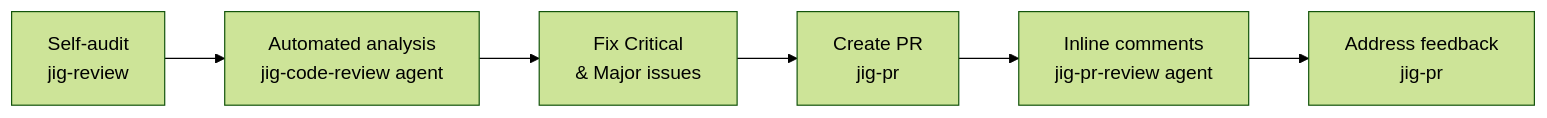
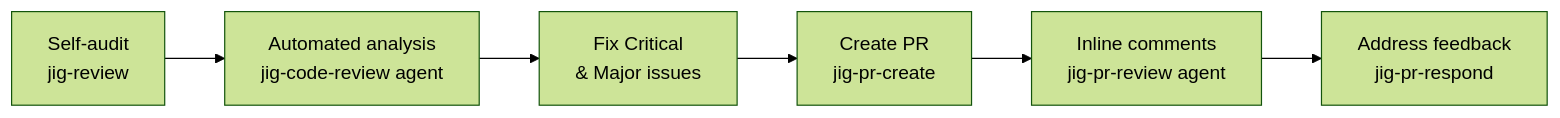
The fifth of 5 diagrams in core/skills/jig-kickoff/SKILL.md (CasaPerks/casaflow), drawn with Mermaid (forest theme) before and after one commit. The commit also changed other lines of this file and 10 other files, not shown here.

First line of the commit message:
refactor(core): split jig-pr into jig-pr-create and jig-pr-respond

````diff
--- a/core/skills/jig-kickoff/SKILL.md
+++ b/core/skills/jig-kickoff/SKILL.md
@@ -295,8 +295,8 @@
 ```mermaid
 graph LR
   self["Self-audit<br/>jig-review"] --> agent["Automated analysis<br/>jig-code-review agent"]
   agent --> fix["Fix Critical<br/>& Major issues"]
-  fix --> pr["Create PR<br/>jig-pr"]
+  fix --> pr["Create PR<br/>jig-pr-create"]
   pr --> inline["Inline comments<br/>jig-pr-review agent"]
-  inline --> respond["Address feedback<br/>jig-pr"]
+  inline --> respond["Address feedback<br/>jig-pr-respond"]
 ```
````
